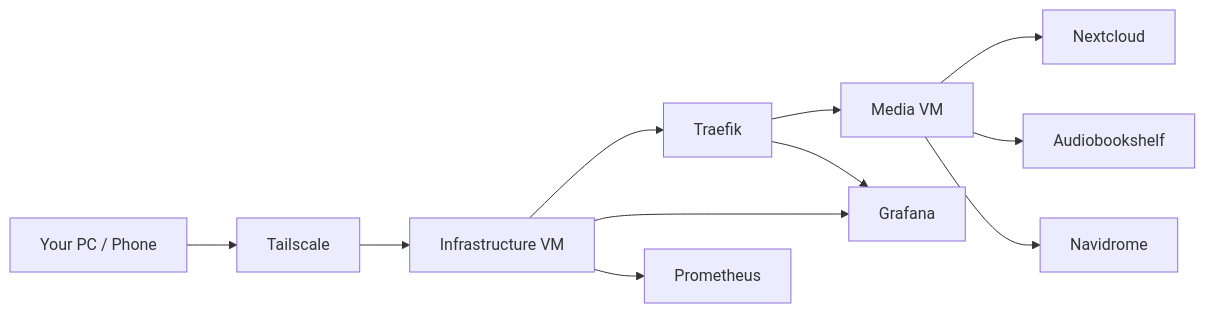
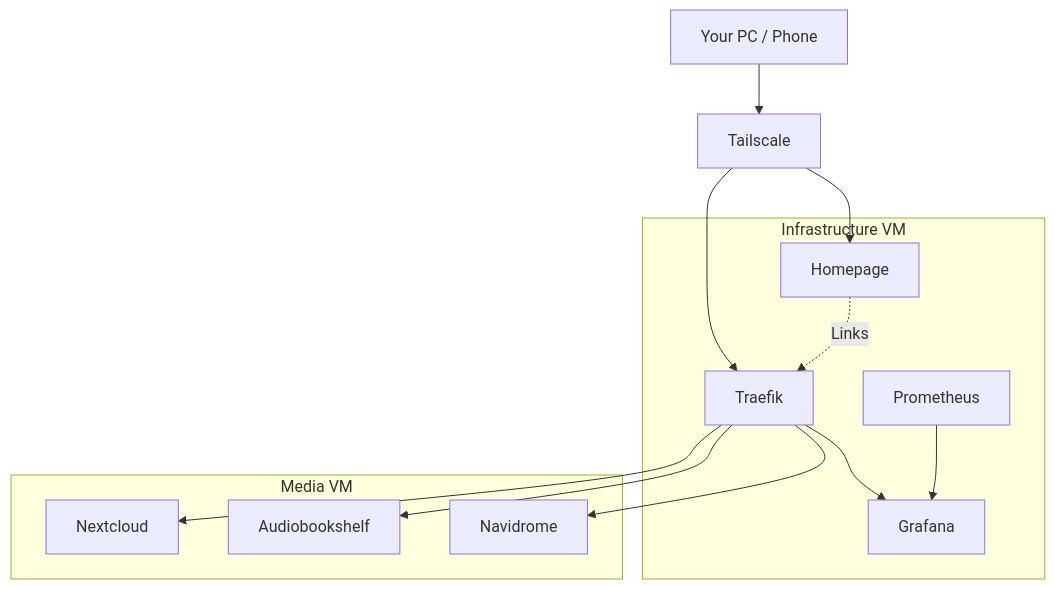
Before and after one commit to Juzarx/homelab: the second of 3 diagrams in docs/architecture.md, drawn with Mermaid. The commit also changed 3 other files, not shown here.

````diff
--- a/docs/architecture.md
+++ b/docs/architecture.md
@@ -41,36 +41,34 @@
 ```mermaid
-graph LR
+graph TD
 
 User[Your PC / Phone]
 
 TS[Tailscale]
 
-Infra[Infrastructure VM]
+subgraph Infra["Infrastructure VM"]
+    Homepage[Homepage]
+    Traefik[Traefik]
+    Prometheus[Prometheus]
+    Grafana[Grafana]
+end
 
-Traefik[Traefik]
-
-Media[Media VM]
-
-Nextcloud[Nextcloud]
-Books[Audiobookshelf]
-Music[Navidrome]
-
-Grafana[Grafana]
-Prometheus[Prometheus]
+subgraph Media["Media VM"]
+    Nextcloud[Nextcloud]
+    Books[Audiobookshelf]
+    Music[Navidrome]
+end
 
 User --> TS
 
-TS --> Infra
+TS --> Traefik
+TS --> Homepage
 
-Infra --> Traefik
+Homepage -. Links .-> Traefik
 
-Infra --> Grafana
-Infra --> Prometheus
-
-Traefik --> Media
+Traefik --> Nextcloud
+Traefik --> Books
+Traefik --> Music
 Traefik --> Grafana
 
-Media --> Nextcloud
-Media --> Books
-Media --> Music
+Prometheus --> Grafana
 ```
````
